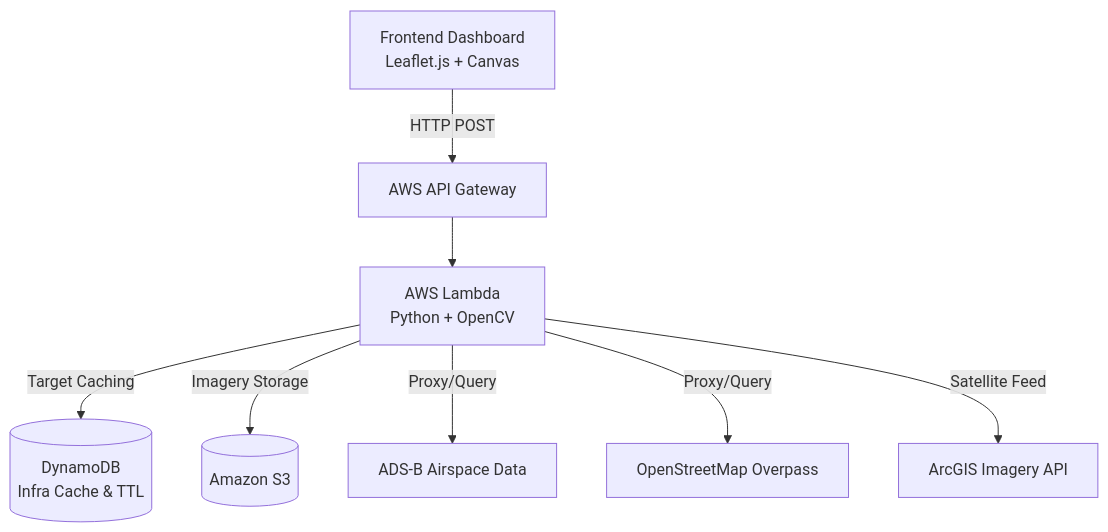
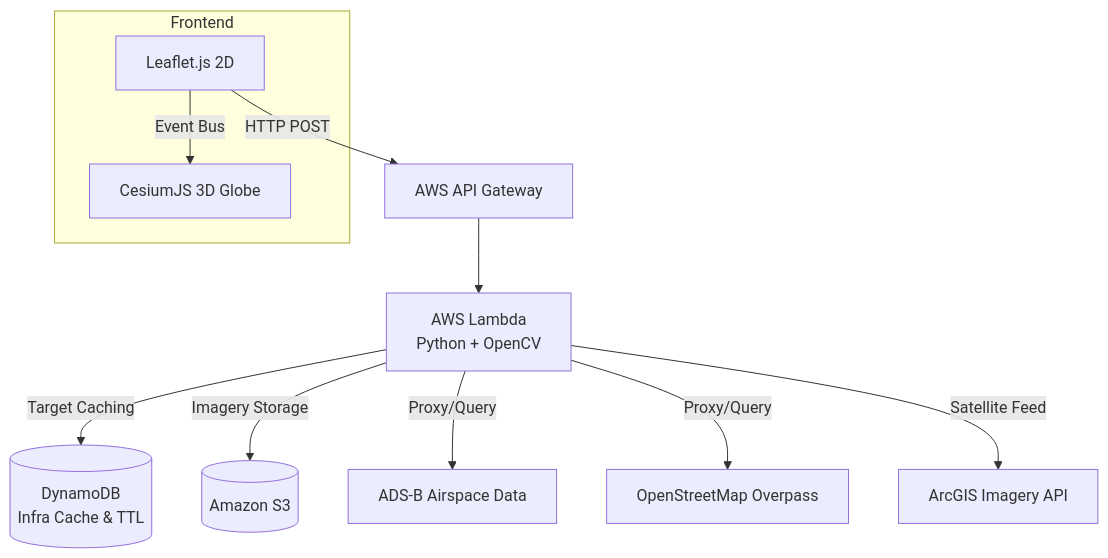
Before and after one commit to Hossam77i/overwatch-geoint: the diagram in README.md, drawn with Mermaid. The commit also changed other lines of this file and 15 other files, not shown here.

Commit message:
Refactor: Modular architecture, 3D CesiumJS view, and structured logging

````diff
--- a/README.md
+++ b/README.md
@@ -45,12 +45,15 @@
 ```mermaid
 graph TD
-    UI[Frontend Dashboard<br/>Leaflet.js + Canvas] -->|HTTP POST| API[AWS API Gateway]
+    subgraph Frontend
+        UI[Leaflet.js 2D] -->|Event Bus| V3D[CesiumJS 3D Globe]
+    end
+    UI -->|HTTP POST| API[AWS API Gateway]
     API --> Lambda[AWS Lambda<br/>Python + OpenCV]
     
     Lambda -->|Target Caching| DDB[(DynamoDB<br/>Infra Cache & TTL)]
     Lambda -->|Imagery Storage| S3[(Amazon S3)]
     
     Lambda -->|Proxy/Query| ADS[ADS-B Airspace Data]
     Lambda -->|Proxy/Query| OSM[OpenStreetMap Overpass]
     Lambda -->|Satellite Feed| ArcGIS[ArcGIS Imagery API]
 ```
````
